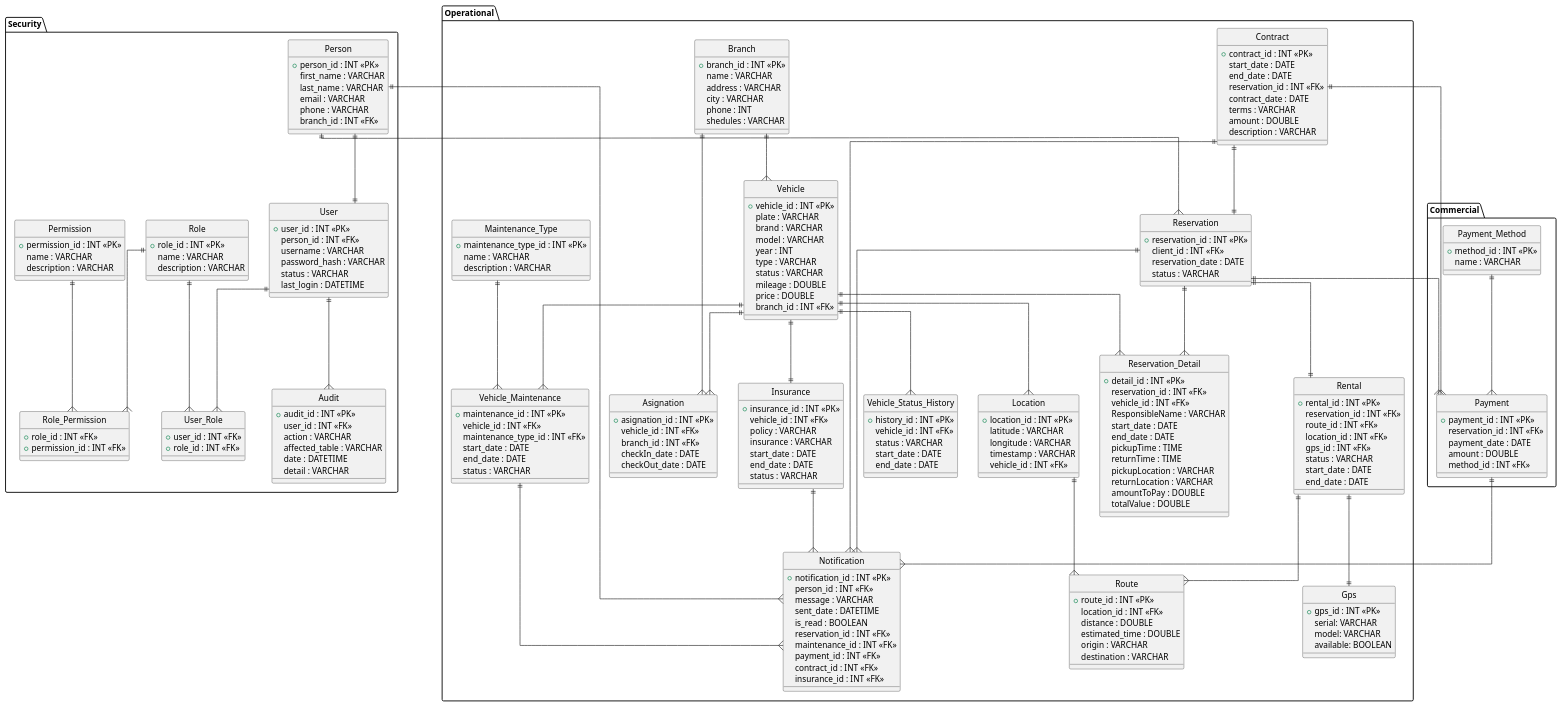
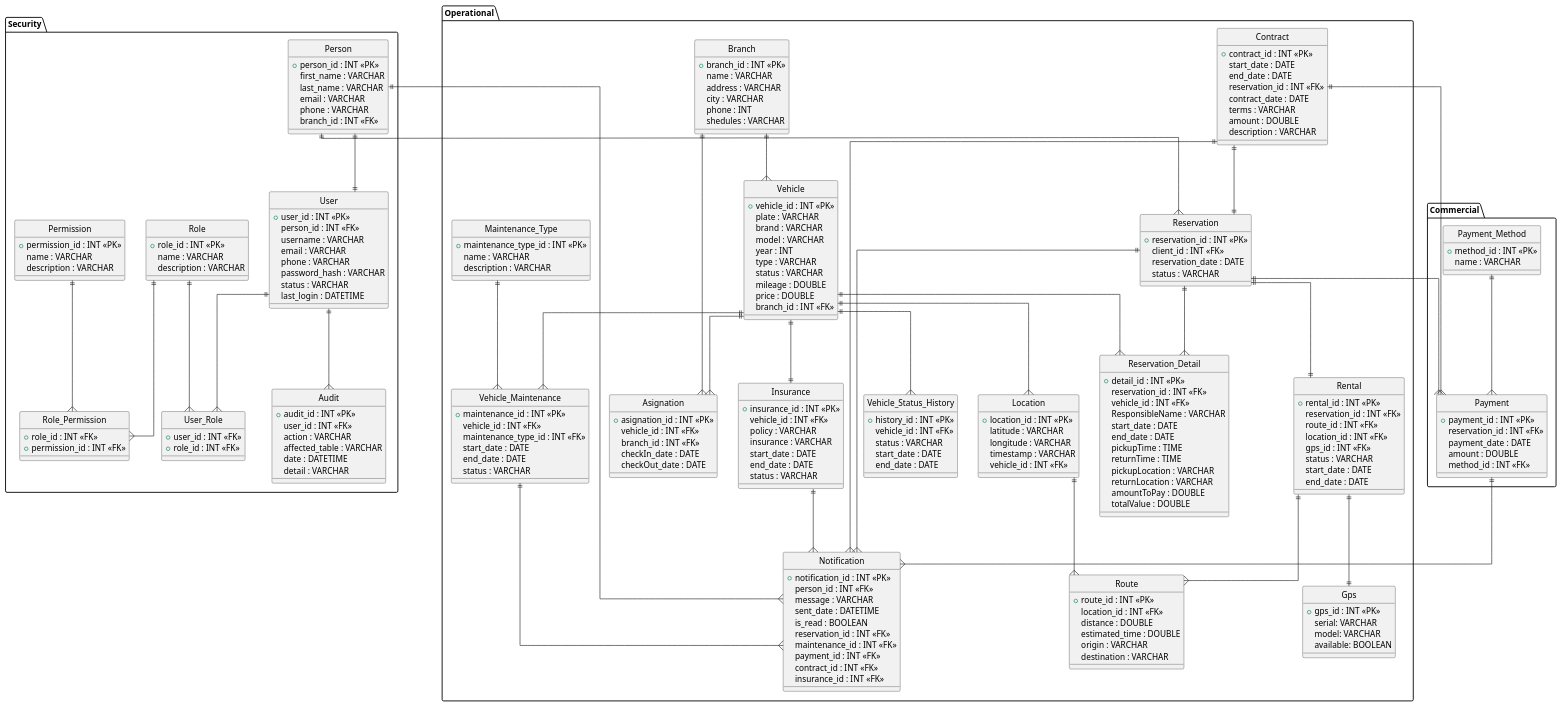
Before and after one commit to nicolerv18/RentaMovil: the diagram in Documentacion/Base_de _datos/Mer.puml, drawn with PlantUML. The commit also changed 42 other files, not shown here.

Commit message:
feat:implements architecture such as advances in user registration

```diff
--- a/Documentacion/Base_de _datos/Mer.puml
+++ b/Documentacion/Base_de _datos/Mer.puml
@@ -18,6 +18,8 @@
   +user_id : INT <<PK>>
   person_id : INT <<FK>>
   username : VARCHAR
+  email : VARCHAR
+  phone : VARCHAR
   password_hash : VARCHAR
   status : VARCHAR
   last_login : DATETIME
@@ -144,7 +146,6 @@
   status : VARCHAR
   start_date : DATE
   end_date : DATE
-
 }
 entity Gps {
   +gps_id : INT <<PK>>
```
